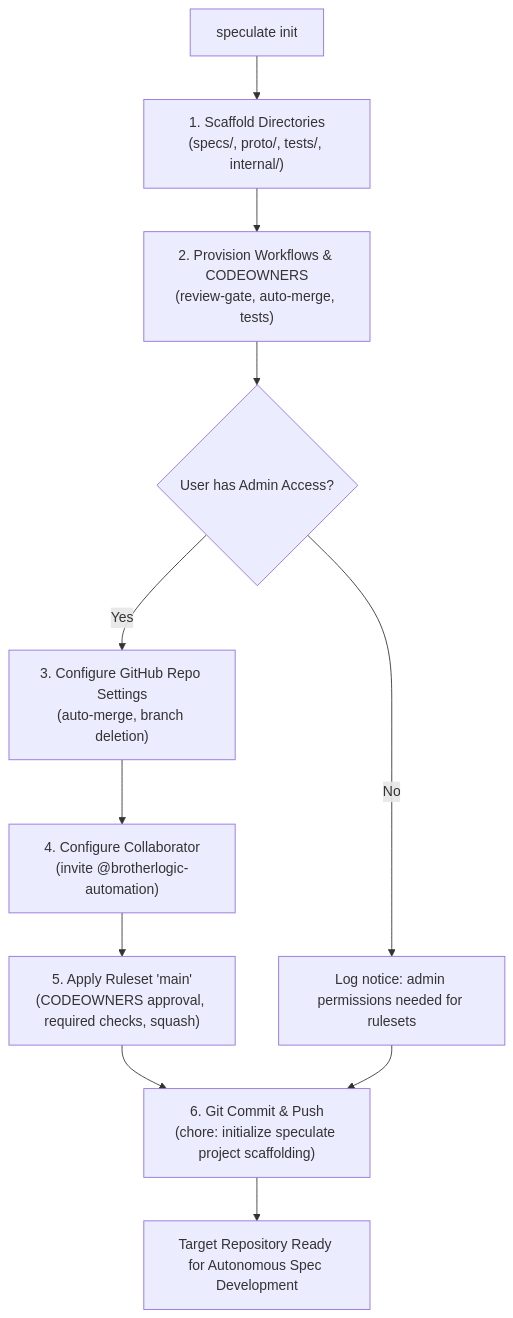
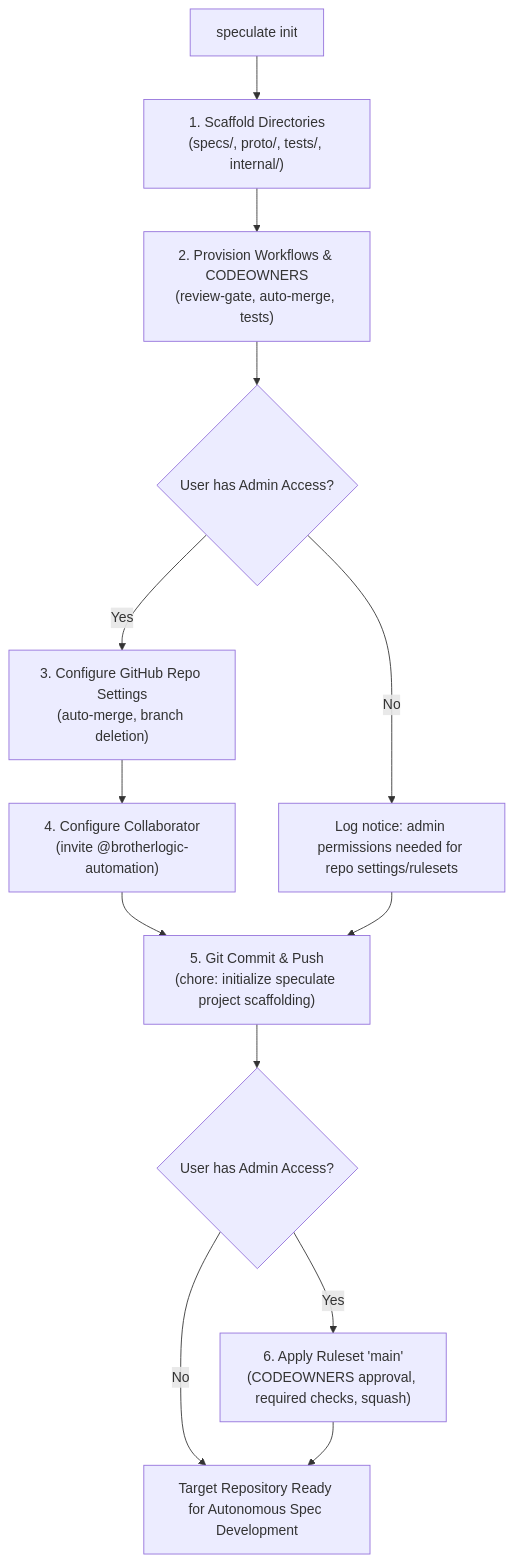
Before and after one commit to brotherlogic/speculate: the diagram in README.md, drawn with Mermaid. The commit also changed other lines of this file and 2 other files, not shown here.

Commit message:
Fix: push initial scaffolding before enforcing ruleset in speculate init. Closes #25 (#26)

````diff
--- a/README.md
+++ b/README.md
@@ -13,13 +13,15 @@
 ```mermaid
 flowchart TD
     A["speculate init"] --> B["1. Scaffold Directories<br/>(specs/, proto/, tests/, internal/)"]
     B --> C["2. Provision Workflows & CODEOWNERS<br/>(review-gate, auto-merge, tests)"]
     C --> D{"User has Admin Access?"}
     D -- Yes --> E["3. Configure GitHub Repo Settings<br/>(auto-merge, branch deletion)"]
     E --> F["4. Configure Collaborator<br/>(invite @brotherlogic-automation)"]
-    F --> G["5. Apply Ruleset 'main'<br/>(CODEOWNERS approval, required checks, squash)"]
-    D -- No --> H["Log notice: admin permissions needed for rulesets"]
-    G --> I["6. Git Commit & Push<br/>(chore: initialize speculate project scaffolding)"]
-    H --> I
-    I --> J["Target Repository Ready for Autonomous Spec Development"]
+    F --> G["5. Git Commit & Push<br/>(chore: initialize speculate project scaffolding)"]
+    D -- No --> H["Log notice: admin permissions needed for repo settings/rulesets"]
+    H --> G
+    G --> I{"User has Admin Access?"}
+    I -- Yes --> J["6. Apply Ruleset 'main'<br/>(CODEOWNERS approval, required checks, squash)"]
+    I -- No --> K["Target Repository Ready for Autonomous Spec Development"]
+    J --> K
 ```
````
